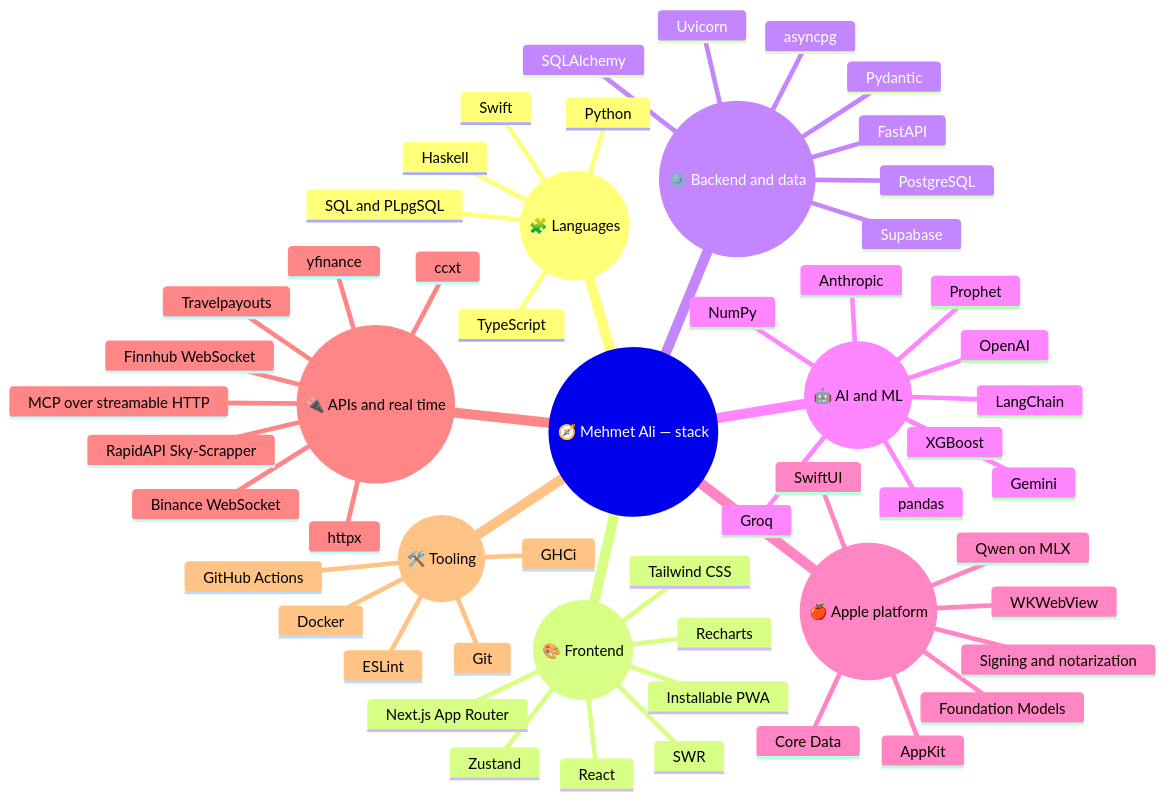
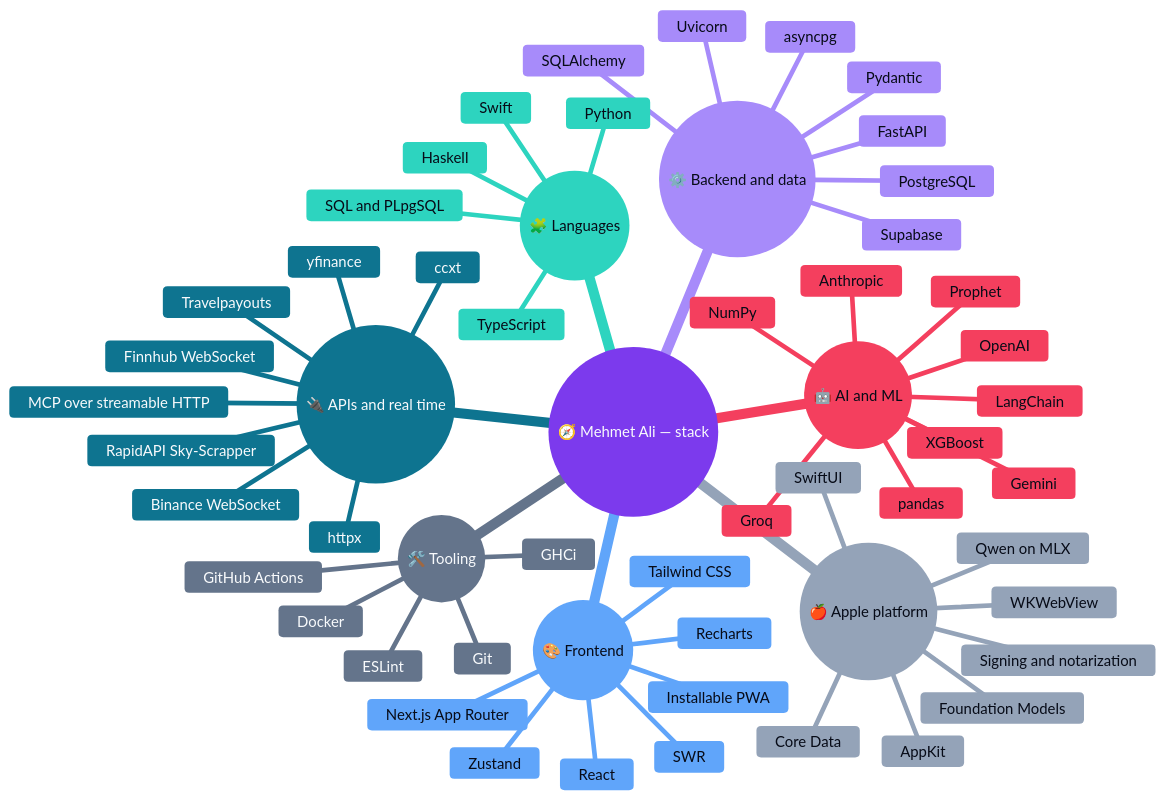
Before and after one commit to Maero47/maero47: the diagram in README.md, drawn with Mermaid.

Commit message:
Theme the mindmap to the profile palette
The block was inheriting mermaid's default pastel section scale, which
belongs to no other part of the page. Branch fills, their label colours
and the root now come from the same navy, teal, blue, violet, rose and
slate set as the header, the project cards and the contribution snake.

Mindmap branches are coloured by cScaleN rather than primaryColor, and
the root by git0, so those are the variables set here. The theme is
pinned to base so light-mode and dark-mode readers get the same render.

````diff
--- a/README.md
+++ b/README.md
@@ -92,59 +92,70 @@
 ```mermaid
+%%{init: {"theme": "base", "themeVariables": {
+  "git0": "#7C3AED", "gitBranchLabel0": "#F8FAFC",
+  "cScale0": "#7C3AED", "cScaleLabel0": "#F8FAFC", "cScaleInv0": "#F8FAFC",
+  "cScale1": "#2DD4BF", "cScaleLabel1": "#070B17", "cScaleInv1": "#070B17",
+  "cScale2": "#60A5FA", "cScaleLabel2": "#070B17", "cScaleInv2": "#070B17",
+  "cScale3": "#A78BFA", "cScaleLabel3": "#070B17", "cScaleInv3": "#070B17",
+  "cScale4": "#F43F5E", "cScaleLabel4": "#070B17", "cScaleInv4": "#070B17",
+  "cScale5": "#94A3B8", "cScaleLabel5": "#070B17", "cScaleInv5": "#070B17",
+  "cScale6": "#0E7490", "cScaleLabel6": "#F8FAFC", "cScaleInv6": "#F8FAFC",
+  "cScale7": "#64748B", "cScaleLabel7": "#F8FAFC", "cScaleInv7": "#F8FAFC"
+}}}%%
 mindmap
   root((🧭 Mehmet Ali — stack))
     ((🧩 Languages))
       TypeScript
       Python
       Swift
       Haskell
       SQL and PLpgSQL
     ((🎨 Frontend))
       Next.js App Router
       React
       Tailwind CSS
       Zustand
       SWR
       Recharts
       Installable PWA
     ((⚙️ Backend and data))
       FastAPI
       Uvicorn
       Pydantic
       SQLAlchemy
       asyncpg
       PostgreSQL
       Supabase
     ((🤖 AI and ML))
       LangChain
       OpenAI
       Anthropic
       Groq
       Gemini
       XGBoost
       Prophet
       pandas
       NumPy
     ((🍎 Apple platform))
       SwiftUI
       WKWebView
       AppKit
       Core Data
       Foundation Models
       Qwen on MLX
       Signing and notarization
     ((🔌 APIs and real time))
       Binance WebSocket
       Finnhub WebSocket
       MCP over streamable HTTP
       RapidAPI Sky-Scrapper
       Travelpayouts
       yfinance
       ccxt
       httpx
     ((🛠️ Tooling))
       Git
       GitHub Actions
       Docker
       ESLint
       GHCi
 ```
````
